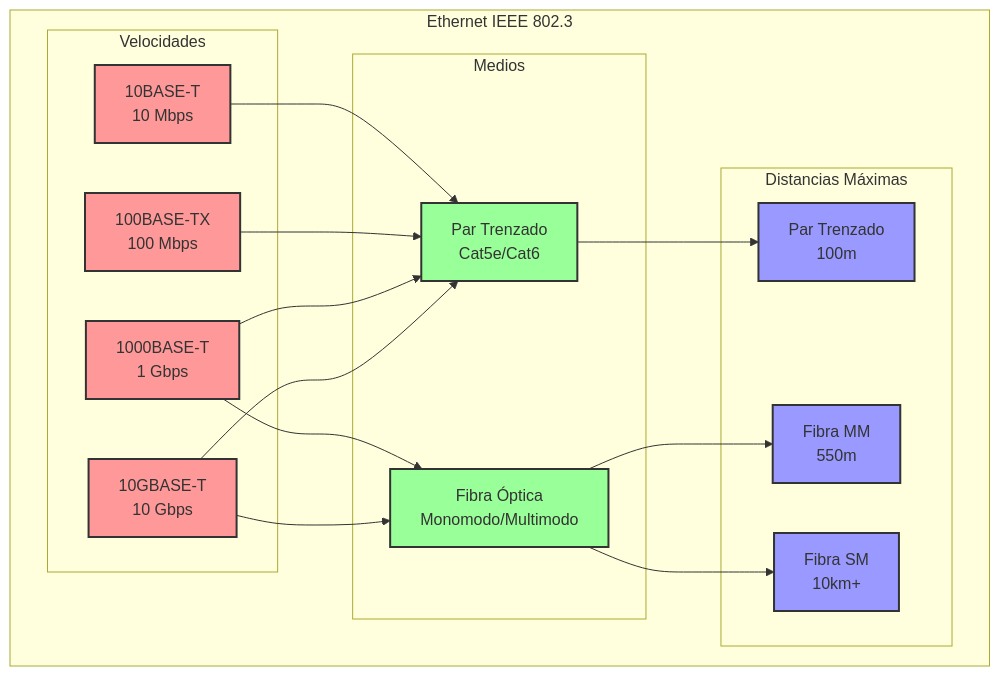
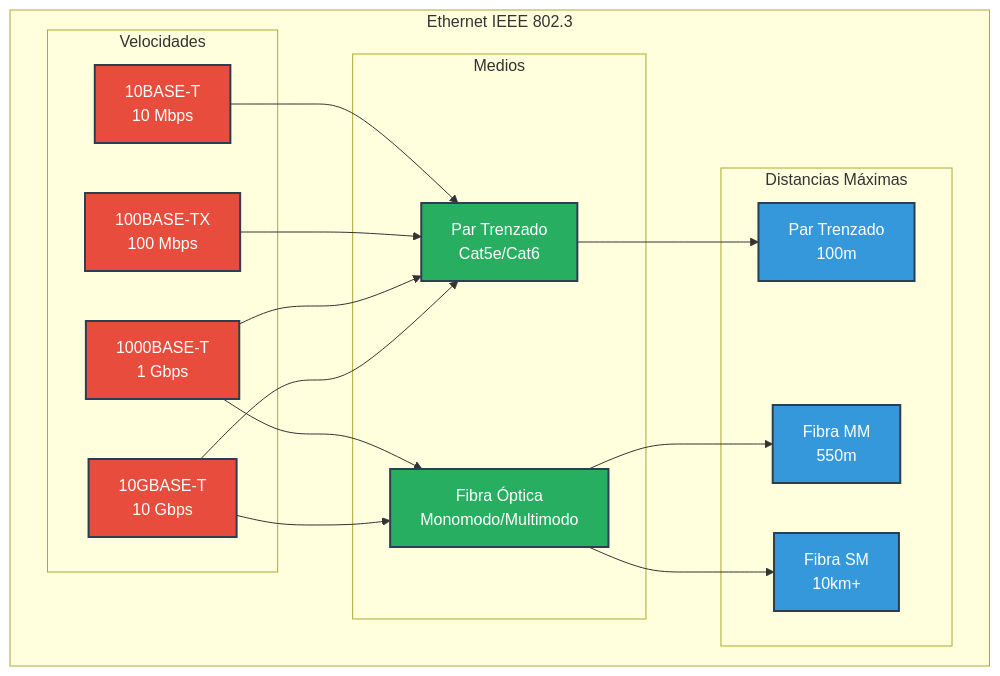
Before and after one commit to ulysses-ck/grupo-redes-ifts-2025: diagram 19 of 21 in tps/tp1.md, drawn with Mermaid. The commit also changed other lines of this file, not shown here.

Commit message:
style: update diagram colors for improved visual consistency across network representations

````diff
--- a/tps/tp1.md
+++ b/tps/tp1.md
@@ -781,43 +781,43 @@
 ```mermaid
 graph TD
     subgraph "Ethernet IEEE 802.3"
         subgraph "Velocidades"
             E1[10BASE-T<br/>10 Mbps]
             E2[100BASE-TX<br/>100 Mbps]
             E3[1000BASE-T<br/>1 Gbps]
             E4[10GBASE-T<br/>10 Gbps]
         end
         
         subgraph "Medios"
             M1[Par Trenzado<br/>Cat5e/Cat6]
             M2[Fibra Óptica<br/>Monomodo/Multimodo]
         end
         
         subgraph "Distancias Máximas"
             D1[Par Trenzado<br/>100m]
             D2[Fibra MM<br/>550m]
             D3[Fibra SM<br/>10km+]
         end
     end
     
     E1 --> M1
     E2 --> M1
     E3 --> M1
     E4 --> M1
     E3 --> M2
     E4 --> M2
     
     M1 --> D1
     M2 --> D2
     M2 --> D3
     
-    style E1 fill:#ff9999,stroke:#333,stroke-width:2px
-    style E2 fill:#ff9999,stroke:#333,stroke-width:2px
-    style E3 fill:#ff9999,stroke:#333,stroke-width:2px
-    style E4 fill:#ff9999,stroke:#333,stroke-width:2px
-    style M1 fill:#99ff99,stroke:#333,stroke-width:2px
-    style M2 fill:#99ff99,stroke:#333,stroke-width:2px
-    style D1 fill:#9999ff,stroke:#333,stroke-width:2px
-    style D2 fill:#9999ff,stroke:#333,stroke-width:2px
-    style D3 fill:#9999ff,stroke:#333,stroke-width:2px
+    style E1 fill:#e74c3c,stroke:#2c3e50,stroke-width:2px,color:#FFFFFF
+    style E2 fill:#e74c3c,stroke:#2c3e50,stroke-width:2px,color:#FFFFFF
+    style E3 fill:#e74c3c,stroke:#2c3e50,stroke-width:2px,color:#FFFFFF
+    style E4 fill:#e74c3c,stroke:#2c3e50,stroke-width:2px,color:#FFFFFF
+    style M1 fill:#27ae60,stroke:#2c3e50,stroke-width:2px,color:#FFFFFF
+    style M2 fill:#27ae60,stroke:#2c3e50,stroke-width:2px,color:#FFFFFF
+    style D1 fill:#3498db,stroke:#2c3e50,stroke-width:2px,color:#FFFFFF
+    style D2 fill:#3498db,stroke:#2c3e50,stroke-width:2px,color:#FFFFFF
+    style D3 fill:#3498db,stroke:#2c3e50,stroke-width:2px,color:#FFFFFF
 ```
````
